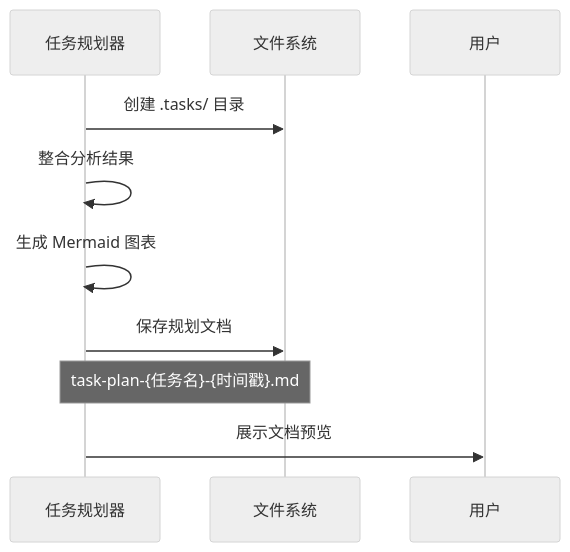
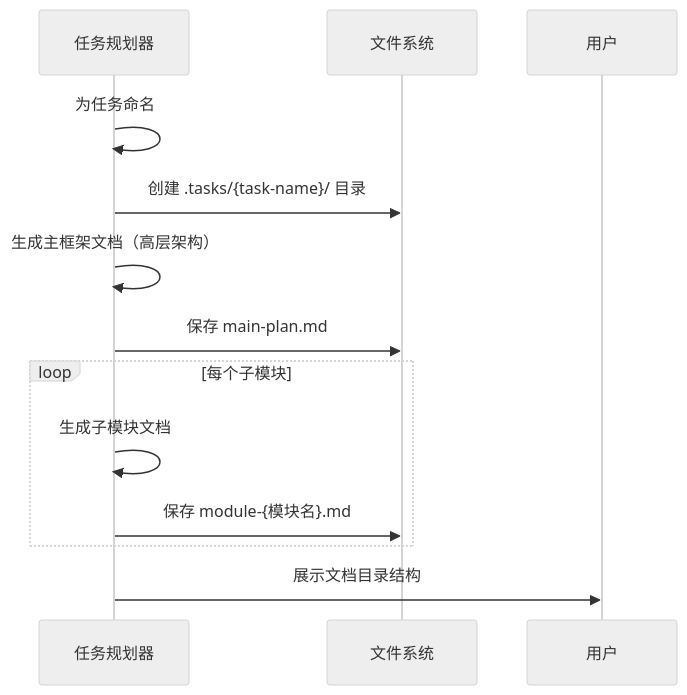
Before and after one commit to JIA-ss/agents: the seventh of 8 diagrams in agents/task-planner.md, drawn with Mermaid (neutral theme). The commit also changed other lines of this file and 4 other files, not shown here.

First line of the commit message:
feat: add agent specifications for task workflow system

````diff
--- a/agents/task-planner.md
+++ b/agents/task-planner.md
@@ -249,13 +250,16 @@
 ```mermaid
 sequenceDiagram
     participant Agent as 任务规划器
     participant FS as 文件系统
     participant User as 用户
 
-    Agent->>FS: 创建 .tasks/ 目录
-    Agent->>Agent: 整合分析结果
-    Agent->>Agent: 生成 Mermaid 图表
-    Agent->>FS: 保存规划文档
-    Note over Agent,FS: task-plan-{任务名}-{时间戳}.md
-    Agent->>User: 展示文档预览
+    Agent->>Agent: 为任务命名
+    Agent->>FS: 创建 .tasks/{task-name}/ 目录
+    Agent->>Agent: 生成主框架文档（高层架构）
+    Agent->>FS: 保存 main-plan.md
+    loop 每个子模块
+        Agent->>Agent: 生成子模块文档
+        Agent->>FS: 保存 module-{模块名}.md
+    end
+    Agent->>User: 展示文档目录结构
 ```
````
